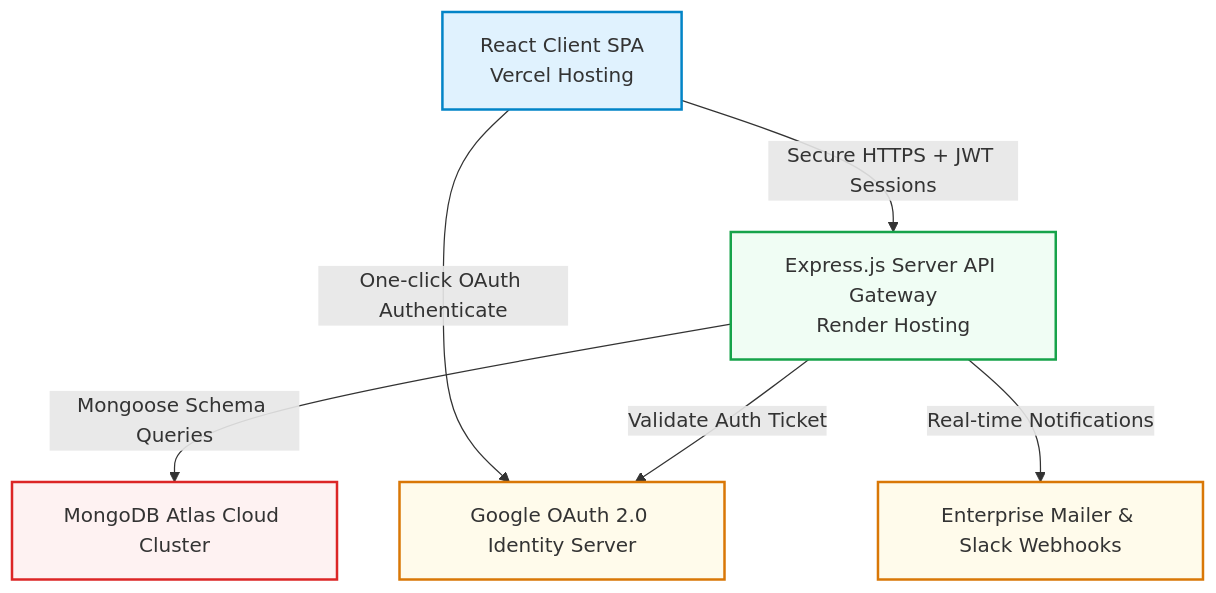
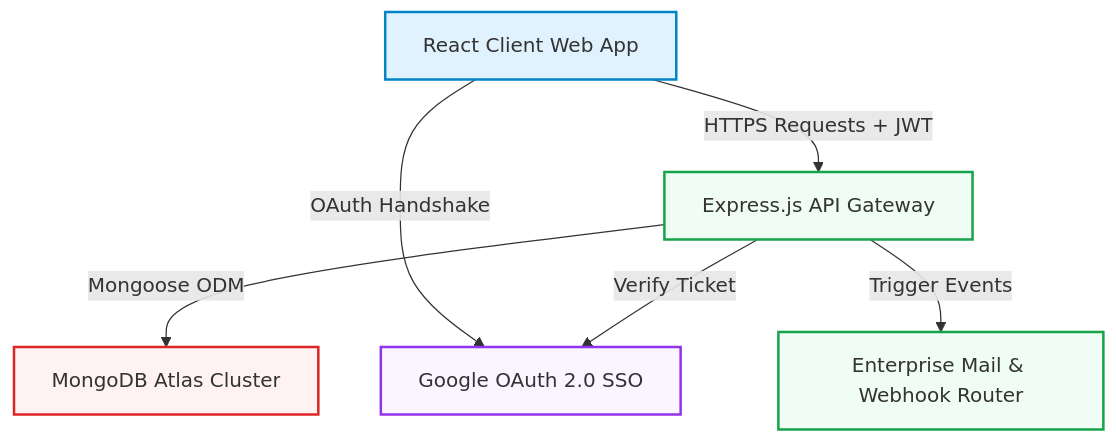
Before and after one commit to u24ai063sunil/AtomBerg_Web_Portal: the first of 2 diagrams in SUBMISSION.md, drawn with Mermaid. The commit also changed other lines of this file, not shown here.

Commit message:
docs: copy visual diagrams to SUBMISSION.md dossier

````diff
--- a/SUBMISSION.md
+++ b/SUBMISSION.md
@@ -33,22 +35,22 @@
 ```mermaid
 graph TD
     %% Styling
     classDef client fill:#e0f2fe,stroke:#0284c7,stroke-width:2px;
     classDef server fill:#f0fdf4,stroke:#16a34a,stroke-width:2px;
     classDef database fill:#fef2f2,stroke:#dc2626,stroke-width:2px;
-    classDef extern fill:#fffbeb,stroke:#d97706,stroke-width:2px;
+    classDef auth fill:#faf5ff,stroke:#9333ea,stroke-width:2px;
 
     %% Nodes
-    A[React Client SPA<br/>Vercel Hosting]:::client
-    B[Express.js Server API Gateway<br/>Render Hosting]:::server
-    C[MongoDB Atlas Cloud Cluster]:::database
-    D[Google OAuth 2.0 Identity Server]:::extern
-    E[Enterprise Mailer & Slack Webhooks]:::extern
+    A[React Client Web App]:::client
+    B[Express.js API Gateway]:::server
+    C[MongoDB Atlas Cluster]:::database
+    D[Google OAuth 2.0 SSO]:::auth
+    E[Enterprise Mail & Webhook Router]:::server
 
     %% Connections
-    A -->|Secure HTTPS + JWT Sessions| B
-    B -->|Mongoose Schema Queries| C
-    A -->|One-click OAuth Authenticate| D
-    B -->|Validate Auth Ticket| D
-    B -->|Real-time Notifications| E
+    A -->|HTTPS Requests + JWT| B
+    B -->|Mongoose ODM| C
+    A -->|OAuth Handshake| D
+    B -->|Verify Ticket| D
+    B -->|Trigger Events| E
 ```
````
